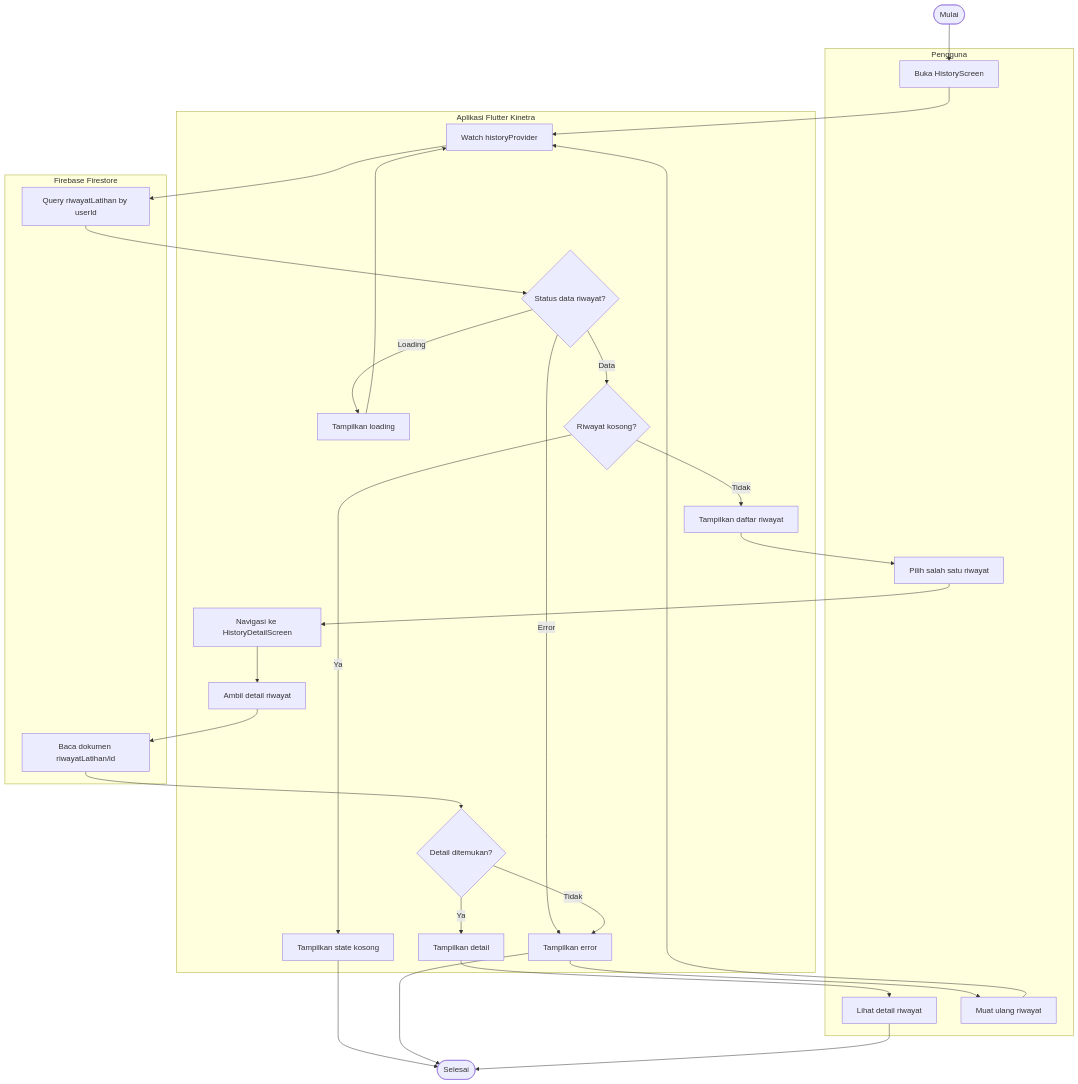
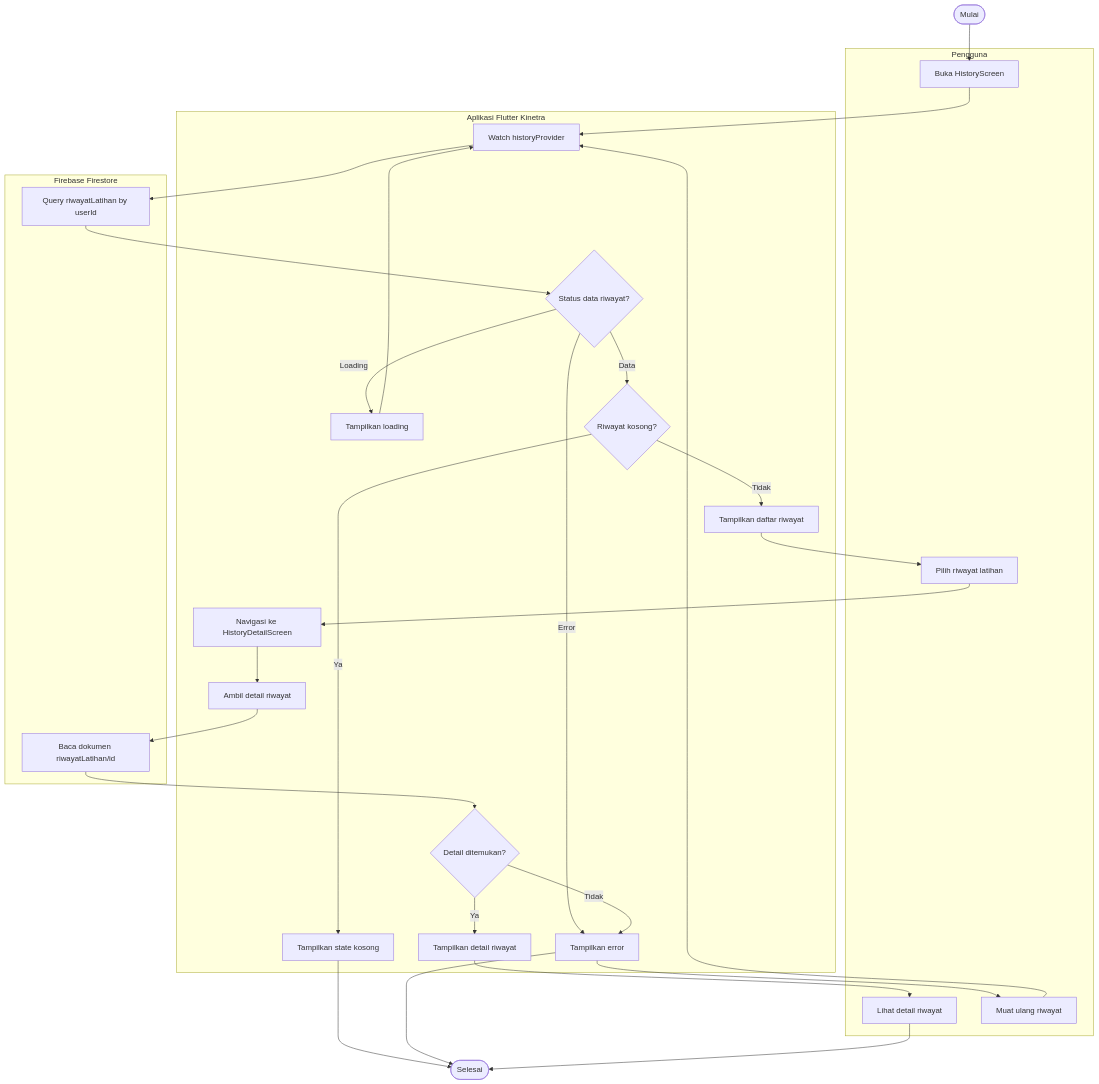
One commit to arifrachmatdx/Kinetra changed diagram 12 of 24 in docs/uml.md. Above: the diagram before and after it, drawn with Mermaid. The commit also changed other lines of this file and 1 other file, not shown here.

Commit message:
docs: align UML diagrams with requested use cases

````diff
--- a/docs/uml.md
+++ b/docs/uml.md
@@ -451,36 +469,36 @@
 ```mermaid
 flowchart TD
     Start([Mulai])
     subgraph User["Pengguna"]
         OpenHistory[Buka HistoryScreen]
-        SelectHistory[Pilih salah satu riwayat]
-        ViewDetail[Lihat detail riwayat]
+        SelectHistory[Pilih riwayat latihan]
+        ViewHistoryDetail[Lihat detail riwayat]
         RetryLoad[Muat ulang riwayat]
     end
     subgraph App["Aplikasi Flutter Kinetra"]
         WatchHistory[Watch historyProvider]
         HistoryState{Status data riwayat?}
         RenderLoading[Tampilkan loading]
-        RenderHistory[Tampilkan daftar riwayat]
+        RenderList[Tampilkan daftar riwayat]
         HistoryEmpty{Riwayat kosong?}
         RenderEmpty[Tampilkan state kosong]
         NavigateDetail[Navigasi ke HistoryDetailScreen]
-        LoadHistoryDetail[Ambil detail riwayat]
+        LoadDetail[Ambil detail riwayat]
         DetailFound{Detail ditemukan?}
-        RenderDetail[Tampilkan detail]
+        RenderDetail[Tampilkan detail riwayat]
         ShowError[Tampilkan error]
     end
     subgraph DB["Firebase Firestore"]
         QueryHistory[Query riwayatLatihan by userId]
         ReadHistoryDoc[Baca dokumen riwayatLatihan/id]
     end
 
     Start --> OpenHistory --> WatchHistory --> QueryHistory --> HistoryState
     HistoryState -->|Loading| RenderLoading --> WatchHistory
     HistoryState -->|Error| ShowError --> RetryLoad --> WatchHistory
     HistoryState -->|Data| HistoryEmpty
     HistoryEmpty -->|Ya| RenderEmpty --> End([Selesai])
-    HistoryEmpty -->|Tidak| RenderHistory --> SelectHistory --> NavigateDetail --> LoadHistoryDetail --> ReadHistoryDoc --> DetailFound
+    HistoryEmpty -->|Tidak| RenderList --> SelectHistory --> NavigateDetail --> LoadDetail --> ReadHistoryDoc --> DetailFound
     DetailFound -->|Tidak| ShowError --> End
-    DetailFound -->|Ya| RenderDetail --> ViewDetail --> End
+    DetailFound -->|Ya| RenderDetail --> ViewHistoryDetail --> End
 ```
````
